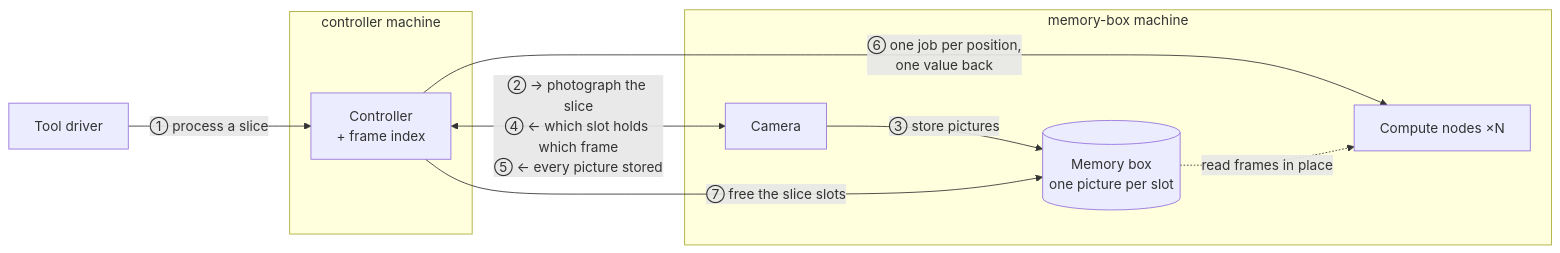
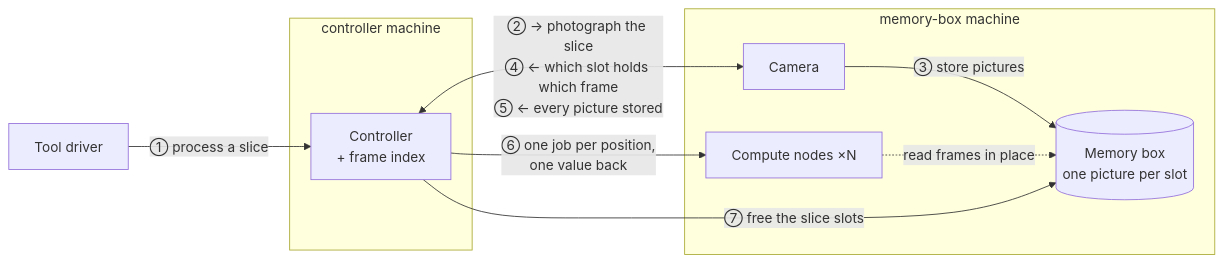
Before and after one commit to erancha/algorithm-controller: the diagram in README.md, drawn with Mermaid.

Commit message:
Keep the README diagram's edges from crossing on GitHub
GitHub wrapped the long labels and routed the job and slot-release edges across each other, so the ⑥ label sat beside the ⑦ line.

Now the labels may run 400 px before wrapping, as in the full diagram. The dotted read points from the compute nodes to the memory box, like the other actor-to-target arrows, which puts the camera and the compute nodes in one column so ② and ⑥ run straight.

````diff
--- a/README.md
+++ b/README.md
@@ -40,17 +40,18 @@
 ```mermaid
+%%{init: {"flowchart": {"wrappingWidth": 400}}}%%
 flowchart LR
     DRV[Tool driver] -->|① process a slice| CTRL
     subgraph CM[controller machine]
         CTRL[Controller<br/>+ frame index]
     end
     subgraph MM[memory-box machine]
         CAM[Camera]
+        CN[Compute nodes ×N]
         MB[(Memory box<br/>one picture per slot)]
-        CN[Compute nodes ×N]
     end
     CTRL <-->|"② → photograph the slice<br/>④ ← which slot holds which frame<br/>⑤ ← every picture stored"| CAM
+    CTRL -->|"⑥ one job per position,<br/>one value back"| CN
     CAM -->|③ store pictures| MB
-    CTRL -->|⑥ one job per position,<br/>one value back| CN
-    MB -.->|read frames in place| CN
+    CN -.->|read frames in place| MB
     CTRL -->|⑦ free the slice slots| MB
 ```
````
